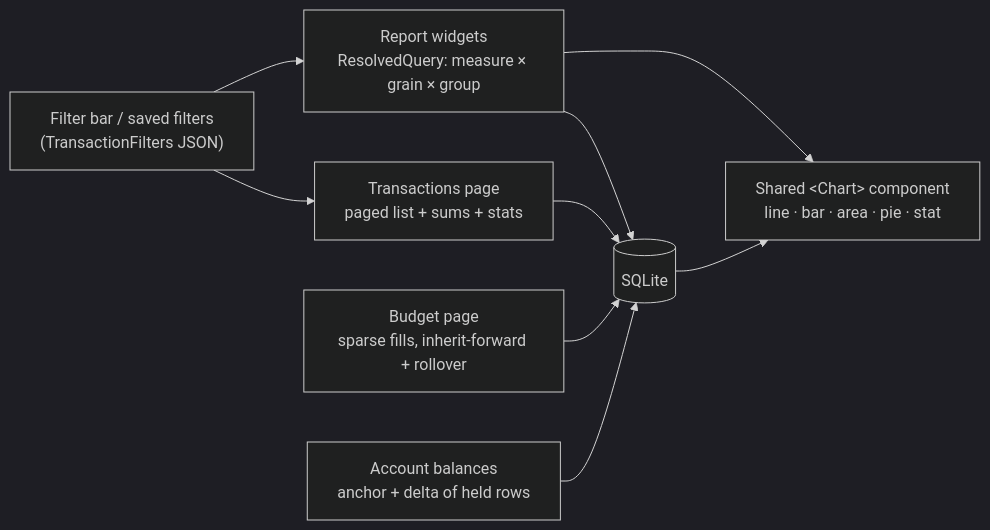
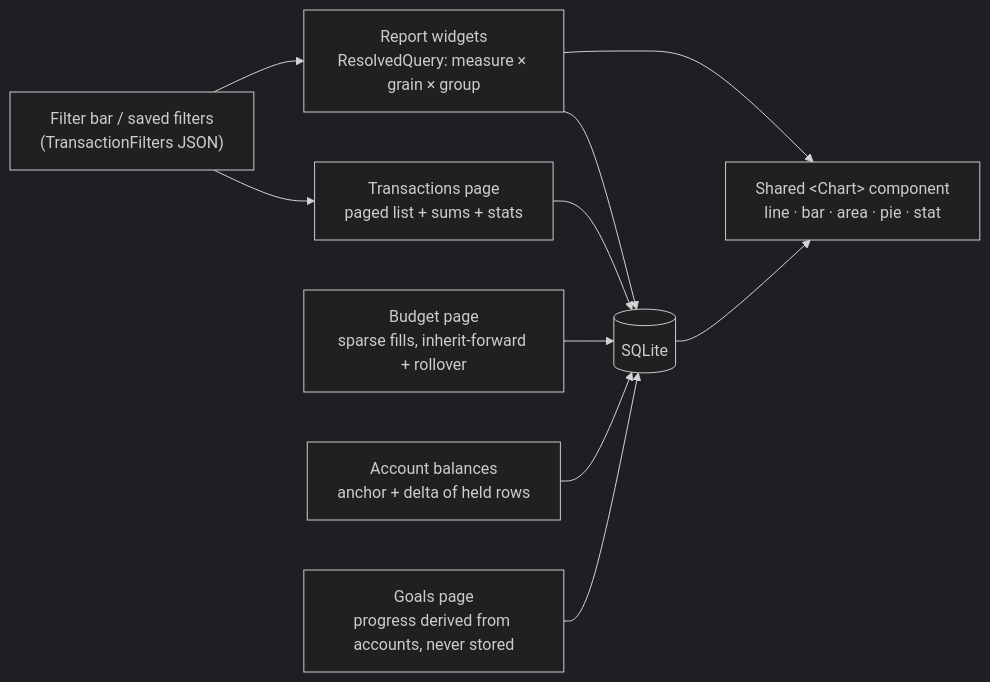
Before and after one commit to rafeautie/shmoney: the third of 6 diagrams in docs/ARCHITECTURE.md, drawn with Mermaid (dark theme). The commit also changed other lines of this file and 2 other files, not shown here.

First line of the commit message:
Make the README and architecture doc match the app

````diff
--- a/docs/ARCHITECTURE.md
+++ b/docs/ARCHITECTURE.md
@@ -114,17 +123,19 @@
 ```mermaid
 flowchart LR
     filters["Filter bar / saved filters<br/>(TransactionFilters JSON)"]
     txlist["Transactions page<br/>paged list + sums + stats"]
     reports["Report widgets<br/>ResolvedQuery: measure × grain × group"]
     budget["Budget page<br/>sparse fills, inherit-forward + rollover"]
     balances["Account balances<br/>anchor + delta of held rows"]
+    goals["Goals page<br/>progress derived from accounts, never stored"]
 
     sql[("SQLite")]
 
     filters --> txlist --> sql
     filters --> reports --> sql
     budget --> sql
     balances --> sql
+    goals --> sql
     sql --> chart["Shared &lt;Chart&gt; component<br/>line · bar · area · pie · stat"]
     reports --> chart
 ```
````
